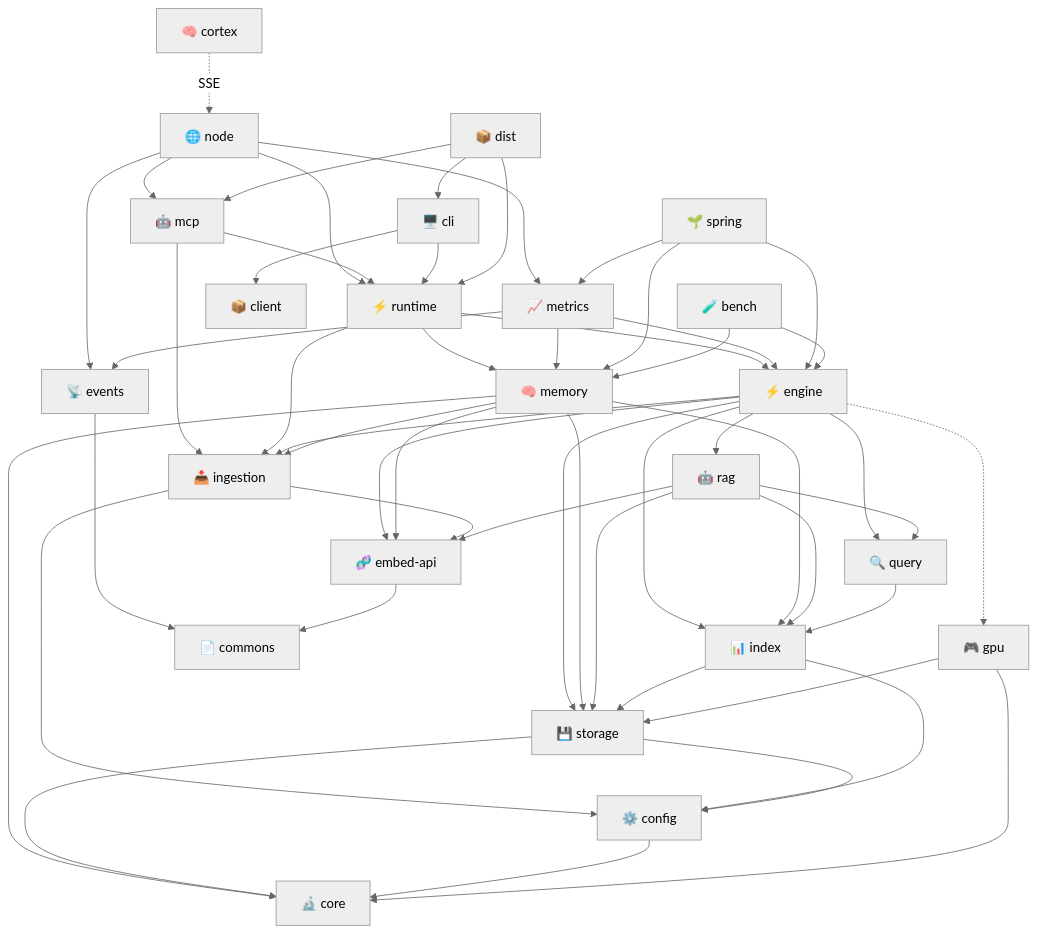
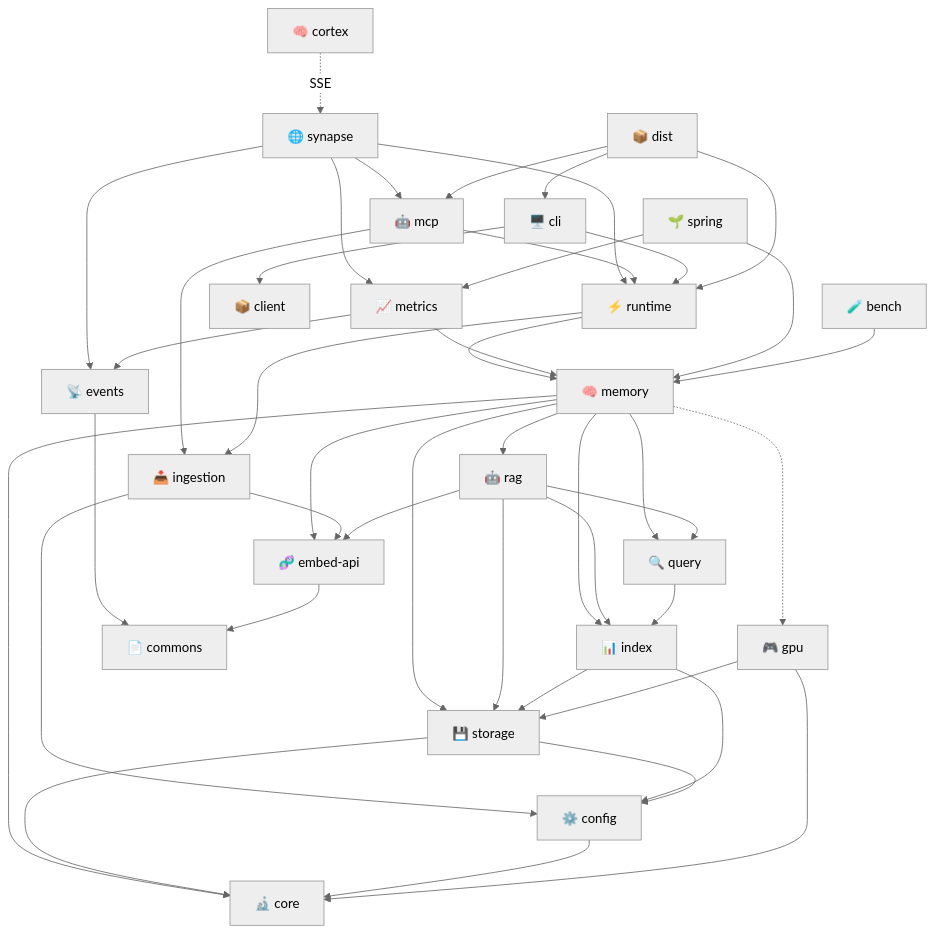
One commit to spectrayan/spector changed the second of 3 diagrams in docs/docs/modules/index.md. Above: the diagram before and after it, drawn with Mermaid (neutral theme). The commit also changed other lines of this file and 1511 other files, not shown here.

First line of the commit message:
refactor: restructure repo into nucleus/, memory/, synapse/, cortex/, bench/ (#283) (#286)

````diff
--- a/docs/docs/modules/index.md
+++ b/docs/docs/modules/index.md
@@ -58,66 +59,57 @@
 ```mermaid
 graph TD
-    node["🌐 node"] --> runtime["⚡ runtime"]
-    node --> mcp["🤖 mcp"]
-    node --> metrics["📈 metrics"]
-    node --> events["📡 events"]
+    synapseapp["🌐 synapse"] --> runtime["⚡ runtime"]
+    synapseapp --> mcp["🤖 mcp"]
+    synapseapp --> metrics["📈 metrics"]
+    synapseapp --> events["📡 events"]
+    
     mcp --> runtime
     mcp --> ingestion["📥 ingestion"]
     cli["🖥️ cli"] --> runtime
     cli --> client["📦 client"]
 
-    runtime --> engine["⚡ engine"]
     runtime --> memory["🧠 memory"]
     runtime --> ingestion
 
-    engine --> query["🔍 query"]
-    engine --> rag["🤖 rag"]
-    engine --> ingestion
-    engine --> index["📊 index"]
-    engine --> storage["💾 storage"]
-    engine --> embedapi["🧬 embed-api"]
-    engine -.-> gpu["🎮 gpu"]
-
-    memory --> index
-    memory --> storage
-    memory --> ingestion
-    memory --> embedapi
+    memory --> query["🔍 query"]
+    memory --> index["📊 index"]
+    memory --> storage["💾 storage"]
+    memory --> embedapi["🧬 embed-api"]
+    memory -.-> gpu["🎮 gpu"]
+    memory --> rag["🤖 rag"]
     memory --> core["🔬 core"]
 
-    metrics --> engine
     metrics --> memory
     metrics --> events
 
     events --> commons["📄 commons"]
 
-    cortex["🧠 cortex"] -.->|SSE| node
+    cortex["🧠 cortex"] -.->|SSE| synapseapp
 
     ingestion --> config["⚙️ config"]
     ingestion --> embedapi
 
     rag --> query
     rag --> index
     rag --> storage
     rag --> embedapi
 
     query --> index
     index --> storage
     index --> config
     storage --> config
     storage --> core
     config --> core
 
     embedapi --> commons
     gpu --> core
     gpu --> storage
 
     dist["📦 dist"] --> mcp
     dist --> cli
     dist --> runtime
 
-    spring["🌱 spring"] --> engine
-    spring --> memory
+    spring["🌱 spring"] --> memory
     spring --> metrics
-    bench["🧪 bench"] --> engine
-    bench --> memory
+    bench["🧪 bench"] --> memory
 ```
````
